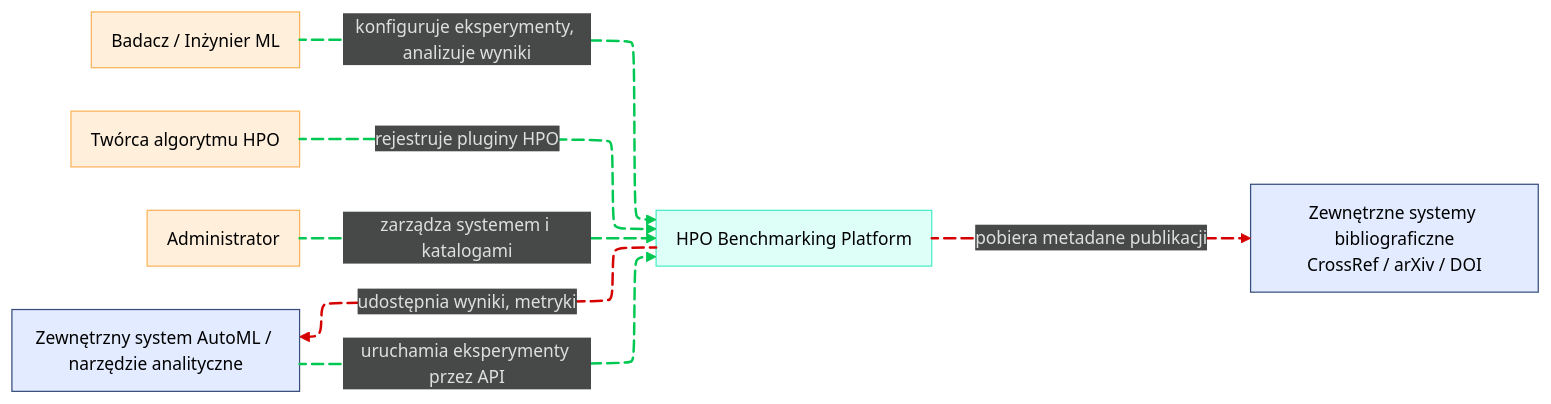
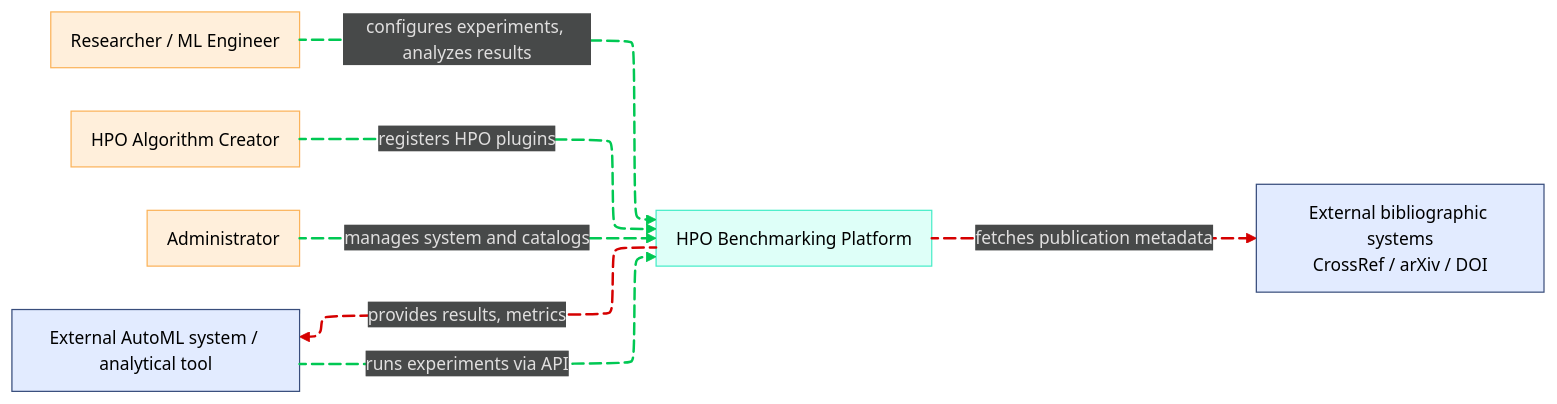
The diagram in docs/architecture/c1-context.md (jedrzejpolaczek/aviarium.corvidae.corvus_corone), drawn with Mermaid before and after one commit. The commit also changed other lines of this file and 21 other files, not shown here.

````diff
--- a/docs/architecture/c1-context.md
+++ b/docs/architecture/c1-context.md
@@ -23,44 +23,44 @@
 ```mermaid
 ---
 config:
   look: neo
   layout: elk
   theme: redux-dark
 ---
 flowchart LR
-    A1["Badacz / Inżynier ML"] L_A1_S_0@-- konfiguruje eksperymenty, analizuje wyniki --> S["HPO Benchmarking Platform"]
-    A2["Twórca algorytmu HPO"] L_A2_S_0@-- rejestruje pluginy HPO --> S
-    A3["Administrator"] L_A3_S_0@-- zarządza systemem i katalogami --> S
-    A4["Zewnętrzny system AutoML / narzędzie analityczne"] L_A4_S_0@-- uruchamia eksperymenty przez API --> S
-    S L_S_A4_0@-- udostępnia wyniki, metryki --> A4
-    S L_S_A5_0@-- pobiera metadane publikacji --> A5["Zewnętrzne systemy bibliograficzne<br>CrossRef / arXiv / DOI"]
+    A1["Researcher / ML Engineer"] L_A1_S_0@-- configures experiments, analyzes results --> S["HPO Benchmarking Platform"]
+    A2["HPO Algorithm Creator"] L_A2_S_0@-- registers HPO plugins --> S
+    A3["Administrator"] L_A3_S_0@-- manages system and catalogs --> S
+    A4["External AutoML system / analytical tool"] L_A4_S_0@-- runs experiments via API --> S
+    S L_S_A4_0@-- provides results, metrics --> A4
+    S L_S_A5_0@-- fetches publication metadata --> A5["External bibliographic systems<br>CrossRef / arXiv / DOI"]
      A1:::Peach
      S:::Aqua
      A2:::Peach
      A3:::Peach
      A4:::Sky
      A5:::Sky
     classDef Aqua stroke-width:1px, stroke-dasharray:none, stroke:#46EDC8, fill:#DEFFF8, color:#378E7A
     classDef Ash stroke-width:1px, stroke-dasharray:none, stroke:#999999, fill:#EEEEEE, color:#000000
     classDef Sky stroke-width:1px, stroke-dasharray:none, stroke:#374D7C, fill:#E2EBFF, color:#374D7C
     classDef Rose stroke-width:1px, stroke-dasharray:none, stroke:#FF5978, fill:#FFDFE5, color:#8E2236
     classDef Peach stroke-width:1px, stroke-dasharray:none, stroke:#FBB35A, fill:#FFEFDB, color:#8F632D
     style A1 color:#000000
     style S color:#000000
     style A2 color:#000000
     style A3 color:#000000
     style A4 color:#000000
     style A5 color:#000000
     linkStyle 0 stroke:#00C853,fill:none
     linkStyle 1 stroke:#00C853,fill:none
     linkStyle 2 stroke:#00C853,fill:none
     linkStyle 3 stroke:#00C853,fill:none
     linkStyle 4 stroke:#D50000,fill:none
     linkStyle 5 stroke:#D50000,fill:none
     L_A1_S_0@{ animation: slow } 
     L_A2_S_0@{ animation: slow } 
     L_A3_S_0@{ animation: slow } 
     L_A4_S_0@{ animation: slow } 
     L_S_A4_0@{ animation: fast } 
     L_S_A5_0@{ animation: fast }
 ```
````
